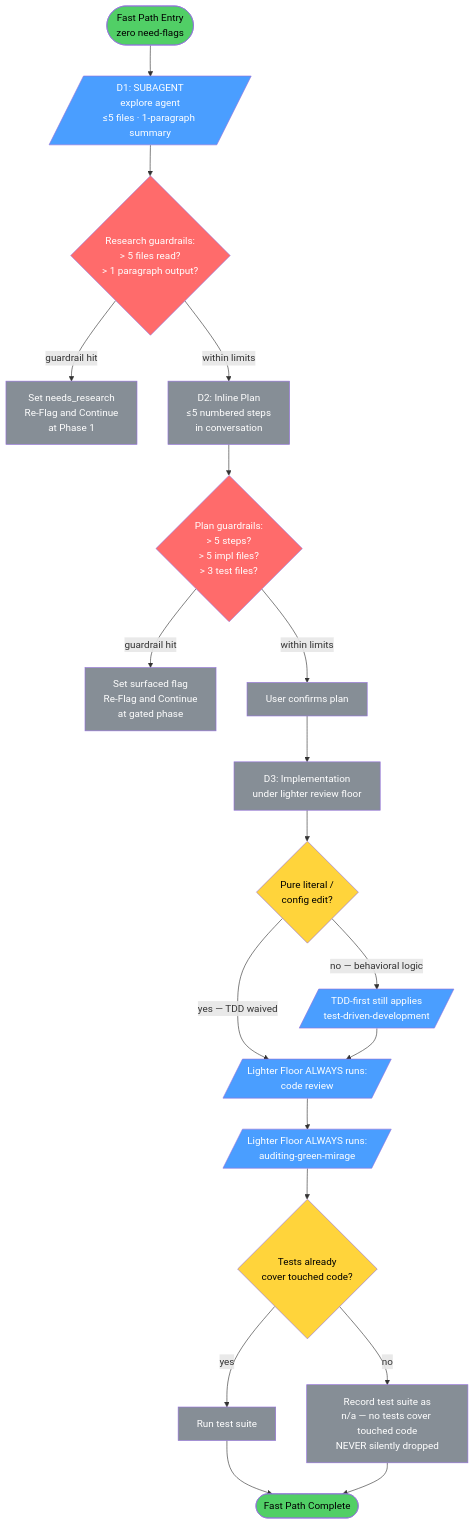
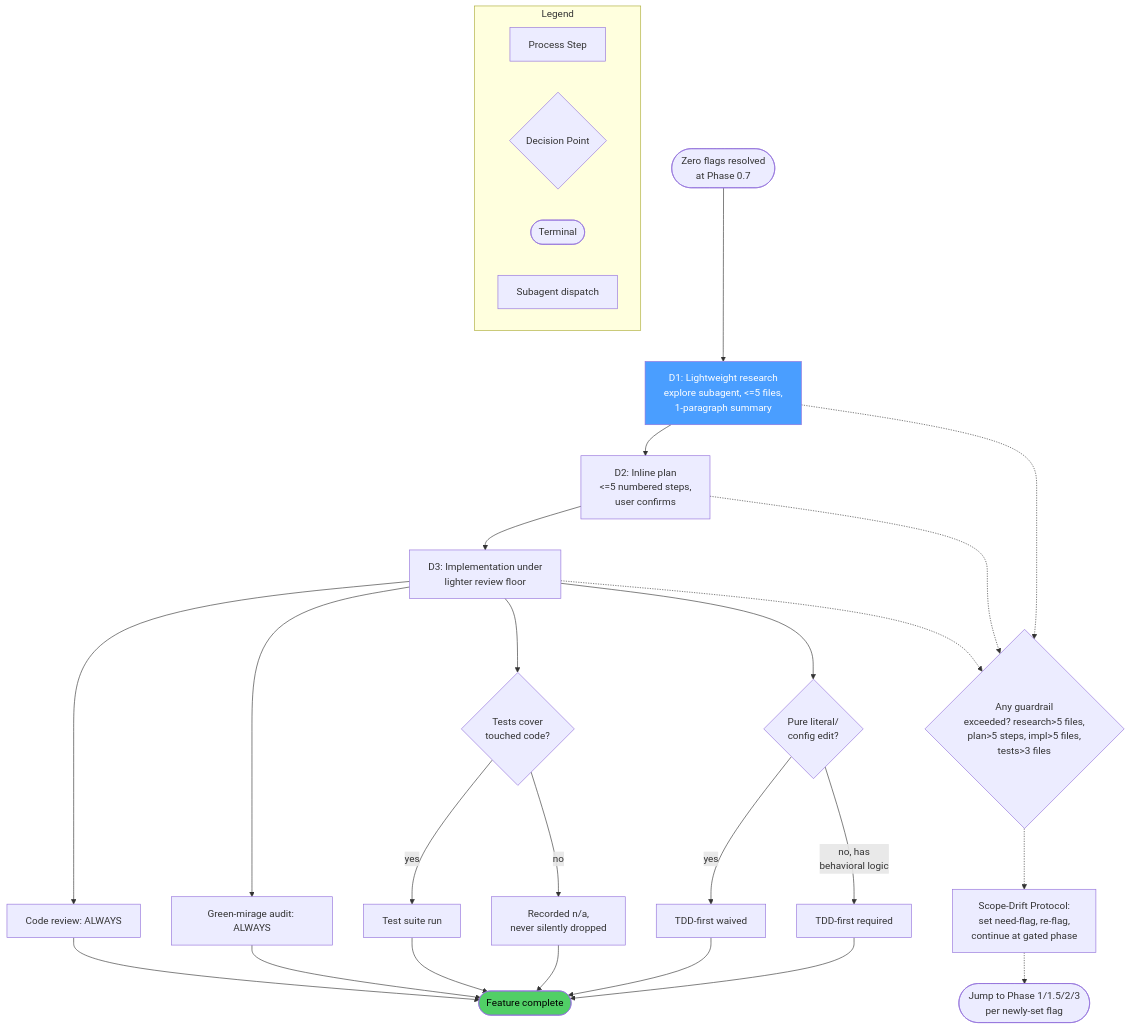
Before and after one commit to axiomantic/spellbook: the seventh of 7 diagrams in docs/diagrams/skills/develop.md, drawn with Mermaid. The commit also changed other lines of this file and 27 other files, not shown here.

````diff
--- a/docs/diagrams/skills/develop.md
+++ b/docs/diagrams/skills/develop.md
@@ -403,44 +247,35 @@
 ```mermaid
 flowchart TD
-    FP_START([Fast Path Entry\nzero need-flags]) --> D1[/D1: SUBAGENT\nexplore agent\n≤5 files · 1-paragraph summary/]
-    D1 --> GUARDRAIL_D1{Research guardrails:\n> 5 files read?\n> 1 paragraph output?}
-    GUARDRAIL_D1 -->|guardrail hit| REFLAG[Set needs_research\nRe-Flag and Continue\nat Phase 1]
-    GUARDRAIL_D1 -->|within limits| D2[D2: Inline Plan\n≤5 numbered steps\nin conversation]
-    D2 --> PLAN_GUARDRAIL{Plan guardrails:\n> 5 steps?\n> 5 impl files?\n> 3 test files?}
-    PLAN_GUARDRAIL -->|guardrail hit| REFLAG2[Set surfaced flag\nRe-Flag and Continue\nat gated phase]
-    PLAN_GUARDRAIL -->|within limits| D2_CONFIRM[User confirms plan]
+    FP0([Zero flags resolved<br/>at Phase 0.7]) --> FP1[D1: Lightweight research<br/>explore subagent, <=5 files,<br/>1-paragraph summary]
+    FP1 --> FP2[D2: Inline plan<br/><=5 numbered steps,<br/>user confirms]
+    FP2 --> FP3[D3: Implementation under<br/>lighter review floor]
+    FP3 --> FP3A[Code review: ALWAYS]
+    FP3 --> FP3B[Green-mirage audit: ALWAYS]
+    FP3 --> FP3C{Tests cover<br/>touched code?}
+    FP3C -->|yes| FP3C1[Test suite run]
+    FP3C -->|no| FP3C2[Recorded n/a,<br/>never silently dropped]
+    FP3 --> FP3D{Pure literal/<br/>config edit?}
+    FP3D -->|yes| FP3D1[TDD-first waived]
+    FP3D -->|no, has<br/>behavioral logic| FP3D2[TDD-first required]
+    FP3A --> DONE([Feature complete])
+    FP3B --> DONE
+    FP3C1 --> DONE
+    FP3C2 --> DONE
+    FP3D1 --> DONE
+    FP3D2 --> DONE
 
-    D2_CONFIRM --> D3[D3: Implementation\nunder lighter review floor]
+    GUARD{Any guardrail<br/>exceeded? research>5 files,<br/>plan>5 steps, impl>5 files,<br/>tests>3 files} -.-> REFLAG[Scope-Drift Protocol:<br/>set need-flag, re-flag,<br/>continue at gated phase]
+    FP1 -.-> GUARD
+    FP2 -.-> GUARD
+    FP3 -.-> GUARD
+    REFLAG -.-> NEXT([Jump to Phase 1/1.5/2/3<br/>per newly-set flag])
 
-    D3 --> TDD_GATE{Pure literal /\nconfig edit?}
-    TDD_GATE -->|yes — TDD waived| CODE_REVIEW_FP
-    TDD_GATE -->|no — behavioral logic| TDD_FP[/TDD-first still applies\ntest-driven-development/]
-    TDD_FP --> CODE_REVIEW_FP
-
-    CODE_REVIEW_FP[/Lighter Floor ALWAYS runs:\ncode review/]
-    CODE_REVIEW_FP --> MIRAGE_FP[/Lighter Floor ALWAYS runs:\nauditing-green-mirage/]
-    MIRAGE_FP --> TEST_GATE{Tests already\ncover touched code?}
-    TEST_GATE -->|yes| TEST_SUITE_FP[Run test suite]
-    TEST_GATE -->|no| TEST_NA[Record test suite as\nn/a — no tests cover touched code\nNEVER silently dropped]
-
-    TEST_SUITE_FP --> FP_DONE([Fast Path Complete])
-    TEST_NA --> FP_DONE
-
-    style FP_START fill:#51cf66,color:#000
-    style FP_DONE fill:#51cf66,color:#000
-    style D1 fill:#4a9eff,color:#fff
-    style TDD_FP fill:#4a9eff,color:#fff
-    style CODE_REVIEW_FP fill:#4a9eff,color:#fff
-    style MIRAGE_FP fill:#4a9eff,color:#fff
-    style GUARDRAIL_D1 fill:#ff6b6b,color:#fff
-    style PLAN_GUARDRAIL fill:#ff6b6b,color:#fff
-    style TDD_GATE fill:#ffd43b,color:#000
-    style TEST_GATE fill:#ffd43b,color:#000
-    style REFLAG fill:#868e96,color:#fff
-    style REFLAG2 fill:#868e96,color:#fff
-    style D2 fill:#868e96,color:#fff
-    style D2_CONFIRM fill:#868e96,color:#fff
-    style D3 fill:#868e96,color:#fff
-    style TEST_SUITE_FP fill:#868e96,color:#fff
-    style TEST_NA fill:#868e96,color:#fff
+    subgraph Legend
+        LG1[Process Step]
+        LG2{Decision Point}
+        LG3([Terminal])
+        LG4[Subagent dispatch]
+    end
+    style FP1 fill:#4a9eff,color:#fff
+    style DONE fill:#51cf66,color:#000
 ```
````
